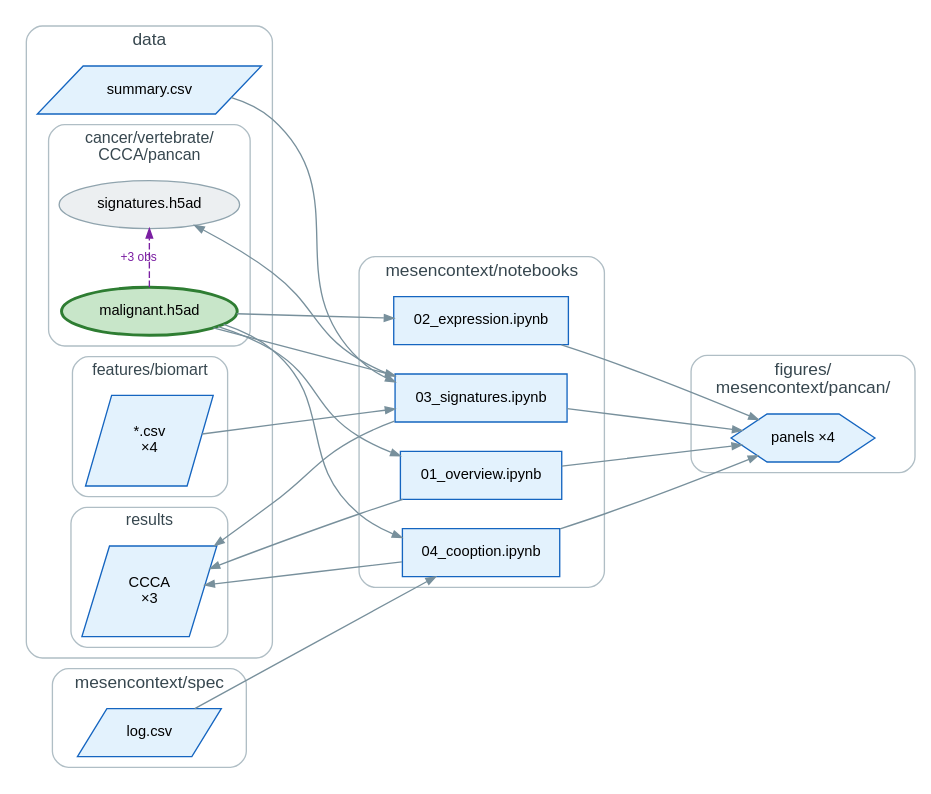
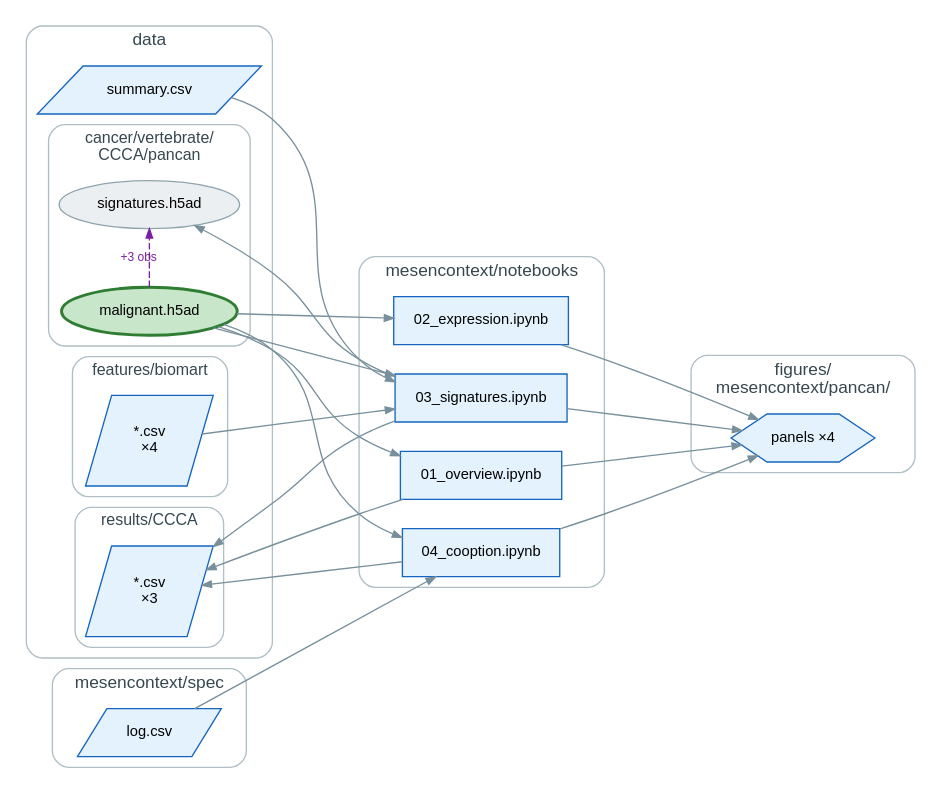
One commit to calebclayreagor/EMToolbox changed the diagram in mesencontext/DAG/dot/analysis.dot. Above: the diagram before and after it, drawn with Graphviz. The commit also changed 15 other files, not shown here.

```diff
--- a/mesencontext/DAG/dot/analysis.dot
+++ b/mesencontext/DAG/dot/analysis.dot
@@ -1,54 +1,54 @@
 digraph G {
   rankdir=LR; splines=spline;
   graph [fontname="Helvetica", fontsize=13, nodesep=0.3, ranksep=1.1];
   node [fontname="Helvetica", fontsize=11, style="filled", margin="0.12,0.07"];
   edge [fontname="Helvetica", fontsize=9, color="#78909c", arrowsize=0.7];
   subgraph cluster_1 {
     label="data"; style="rounded"; color="#b0bec5"; fontsize=13; fontcolor="#37474f";
     n002 [label="summary.csv", shape=parallelogram, fillcolor="#e3f2fd", color="#1565c0", penwidth=1, style="filled"];
     subgraph cluster_2 {
       label="cancer/vertebrate/\nCCCA/pancan"; style="rounded"; color="#b0bec5"; fontsize=12; fontcolor="#37474f";
       n000 [label="malignant.h5ad", shape=ellipse, fillcolor="#c8e6c9", color="#2e7d32", penwidth=2.2, style="filled"];
       n001 [label="signatures.h5ad", shape=ellipse, fillcolor="#eceff1", color="#90a4ae", penwidth=1, style="filled"];
     }
     subgraph cluster_3 {
       label="features/biomart"; style="rounded"; color="#b0bec5"; fontsize=12; fontcolor="#37474f";
       n008 [label="*.csv\n×4", shape=parallelogram, fillcolor="#e3f2fd", color="#1565c0", penwidth=1, style="filled"];
     }
     subgraph cluster_4 {
-      label="results"; style="rounded"; color="#b0bec5"; fontsize=12; fontcolor="#37474f";
-      n009 [label="CCCA\n×3", shape=parallelogram, fillcolor="#e3f2fd", color="#1565c0", penwidth=1, style="filled"];
+      label="results/CCCA"; style="rounded"; color="#b0bec5"; fontsize=12; fontcolor="#37474f";
+      n009 [label="*.csv\n×3", shape=parallelogram, fillcolor="#e3f2fd", color="#1565c0", penwidth=1, style="filled"];
     }
   }
   subgraph cluster_5 {
     label="mesencontext/notebooks"; style="rounded"; color="#b0bec5"; fontsize=13; fontcolor="#37474f";
     n003 [label="01_overview.ipynb", shape=box, fillcolor="#e3f2fd", color="#1565c0", penwidth=1, style="filled"];
     n004 [label="02_expression.ipynb", shape=box, fillcolor="#e3f2fd", color="#1565c0", penwidth=1, style="filled"];
     n005 [label="03_signatures.ipynb", shape=box, fillcolor="#e3f2fd", color="#1565c0", penwidth=1, style="filled"];
     n006 [label="04_cooption.ipynb", shape=box, fillcolor="#e3f2fd", color="#1565c0", penwidth=1, style="filled"];
   }
   subgraph cluster_6 {
     label="mesencontext/spec"; style="rounded"; color="#b0bec5"; fontsize=13; fontcolor="#37474f";
     n007 [label="log.csv", shape=parallelogram, fillcolor="#e3f2fd", color="#1565c0", penwidth=1, style="filled"];
   }
   subgraph cluster_fig {
     label="figures/\nmesencontext/pancan/"; style="rounded"; color="#b0bec5"; fontsize=13; fontcolor="#37474f";
     FIG [label="panels ×4", shape=hexagon, style=filled, fillcolor="#e3f2fd", color="#1565c0"];
   }
   n000 -> n003;
   n003 -> n009;
   n003 -> FIG;
   n000 -> n004;
   n004 -> FIG;
   n000 -> n005;
   n008 -> n005;
   n002 -> n005;
   n005 -> n001;
   n005 -> n009;
   n005 -> FIG;
   n000 -> n006;
   n007 -> n006;
   n006 -> n009;
   n006 -> FIG;
   n000 -> n001 [label="+3 obs", color="#7b1fa2", style=dashed, fontcolor="#7b1fa2", constraint=false];
 }
```
